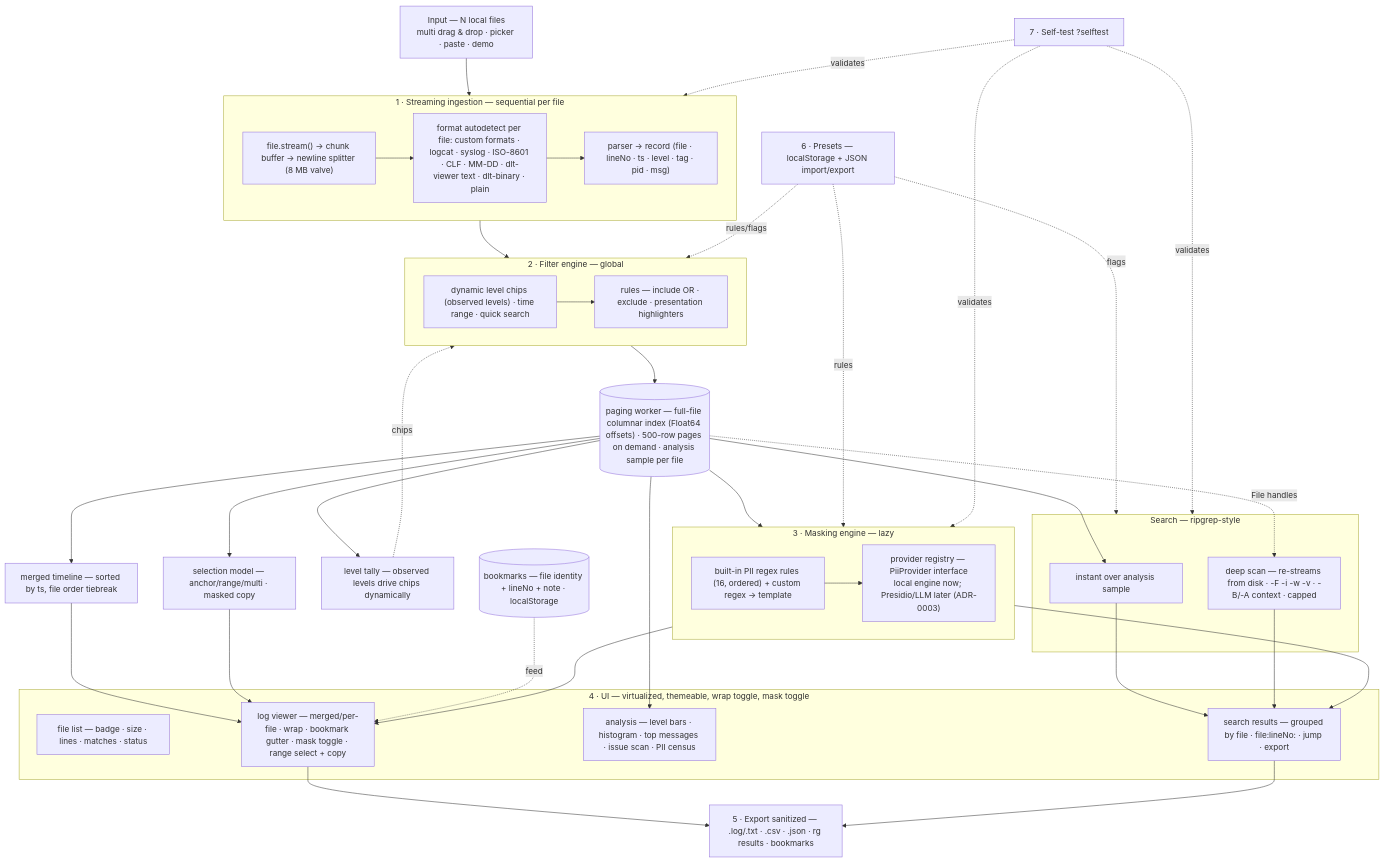
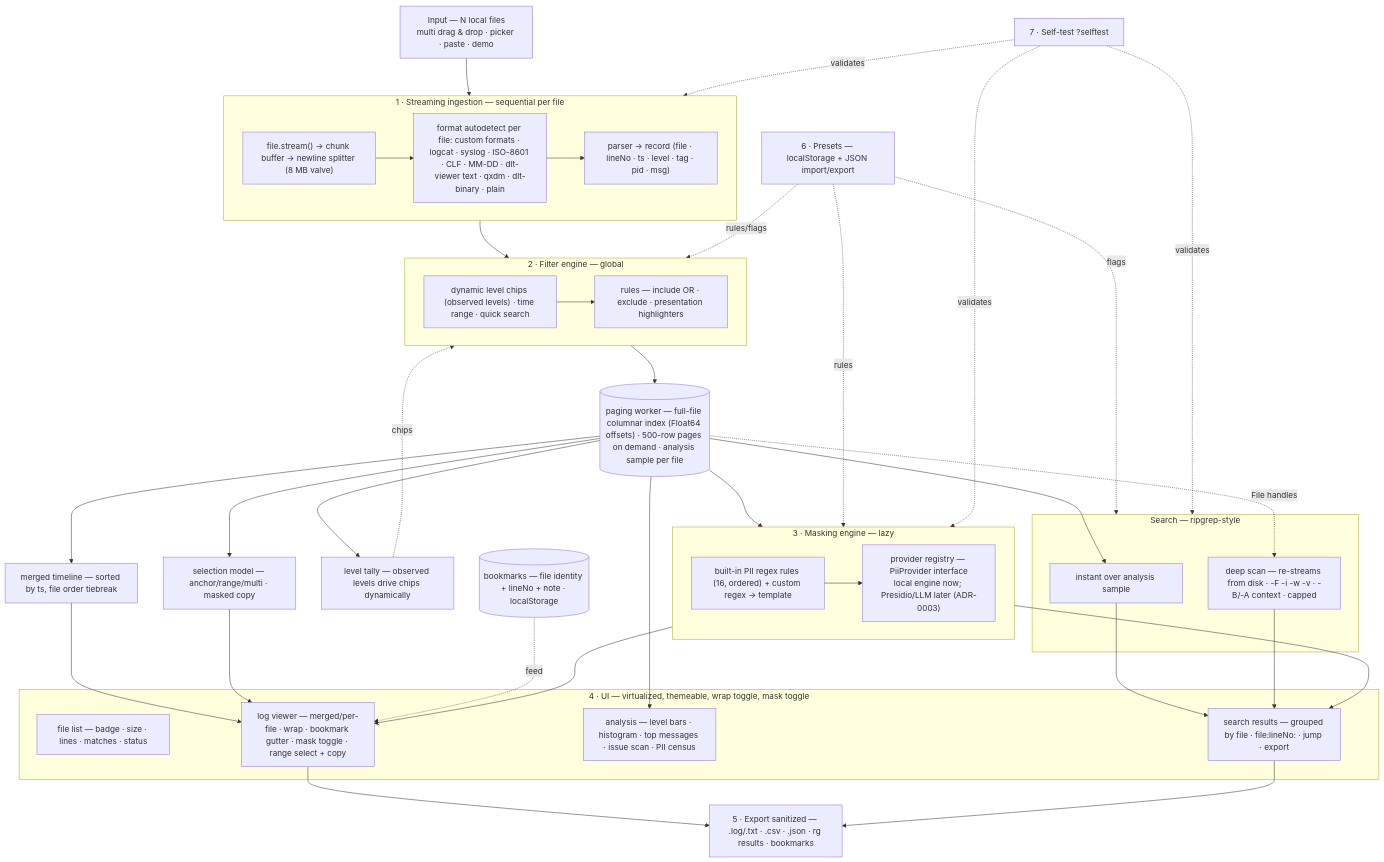
The diagram in docs/architecture.md (CJ-1981/log-triage), drawn with Mermaid before and after one commit. The commit also changed other lines of this file and 14 other files, not shown here.

First line of the commit message:
feat(format): add built-in Qualcomm QXDM / QCAT text export log format (SPEC-FORMAT-002)

````diff
--- a/docs/architecture.md
+++ b/docs/architecture.md
@@ -5,58 +5,58 @@
 ```mermaid
 flowchart TD
     IN["Input — N local files<br>multi drag & drop · picker · paste · demo"]
     subgraph S1["1 · Streaming ingestion — sequential per file"]
         A1["file.stream() → chunk buffer → newline splitter (8 MB valve)"]
-        A2["format autodetect per file: custom formats · logcat · syslog · ISO-8601 · CLF · MM-DD · dlt-viewer text · dlt-binary · plain"]
+        A2["format autodetect per file: custom formats · logcat · syslog · ISO-8601 · CLF · MM-DD · dlt-viewer text · qxdm · dlt-binary · plain"]
         A3["parser → record (file · lineNo · ts · level · tag · pid · msg)"]
         A1 --> A2 --> A3
     end
     subgraph S2["2 · Filter engine — global"]
         B1["dynamic level chips (observed levels) · time range · quick search"]
         B2["rules — include OR · exclude · presentation highlighters"]
         B1 --> B2
     end
     STORE[("paging worker — full-file columnar index (Float64 offsets) · 500-row pages on demand · analysis sample per file")]
     LV["level tally — observed levels drive chips dynamically"]
     MERGE["merged timeline — sorted by ts, file order tiebreak"]
     subgraph S3["3 · Masking engine — lazy"]
         C1["built-in PII regex rules (16, ordered) + custom regex → template"]
         C2["provider registry — PiiProvider interface<br>local engine now; Presidio/LLM later (ADR-0003)"]
         C1 --> C2
     end
     subgraph SR["Search — ripgrep-style"]
         R1["instant over analysis sample"]
         R2["deep scan — re-streams from disk · -F -i -w -v · -B/-A context · capped"]
     end
     BM[("bookmarks — file identity + lineNo + note · localStorage")]
     SEL["selection model — anchor/range/multi · masked copy"]
     subgraph S4["4 · UI — virtualized, themeable, wrap toggle, mask toggle"]
         D0["file list — badge · size · lines · matches · status"]
         D1["log viewer — merged/per-file · wrap · bookmark gutter · mask toggle · range select + copy"]
         D2["analysis — level bars · histogram · top messages · issue scan · PII census"]
         D5["search results — grouped by file · file:lineNo: · jump · export"]
     end
     E1["5 · Export sanitized — .log/.txt · .csv · .json · rg results · bookmarks"]
     P["6 · Presets — localStorage + JSON import/export"]
     T["7 · Self-test ?selftest"]
     IN --> S1 --> S2 --> STORE
     STORE --> LV -. chips .-> S2
     STORE --> MERGE --> D1
     STORE --> S3 --> D1
     STORE --> SEL --> D1
     STORE --> R1
     STORE -. File handles .-> R2
     BM -. feed .-> D1
     S3 --> D5
     R1 --> D5
     R2 --> D5
     STORE --> D2
     D1 --> E1
     D5 --> E1
     P -. rules/flags .-> S2
     P -. rules .-> S3
     P -. flags .-> SR
     T -. validates .-> S1
     T -. validates .-> S3
     T -. validates .-> SR
 ```
````
